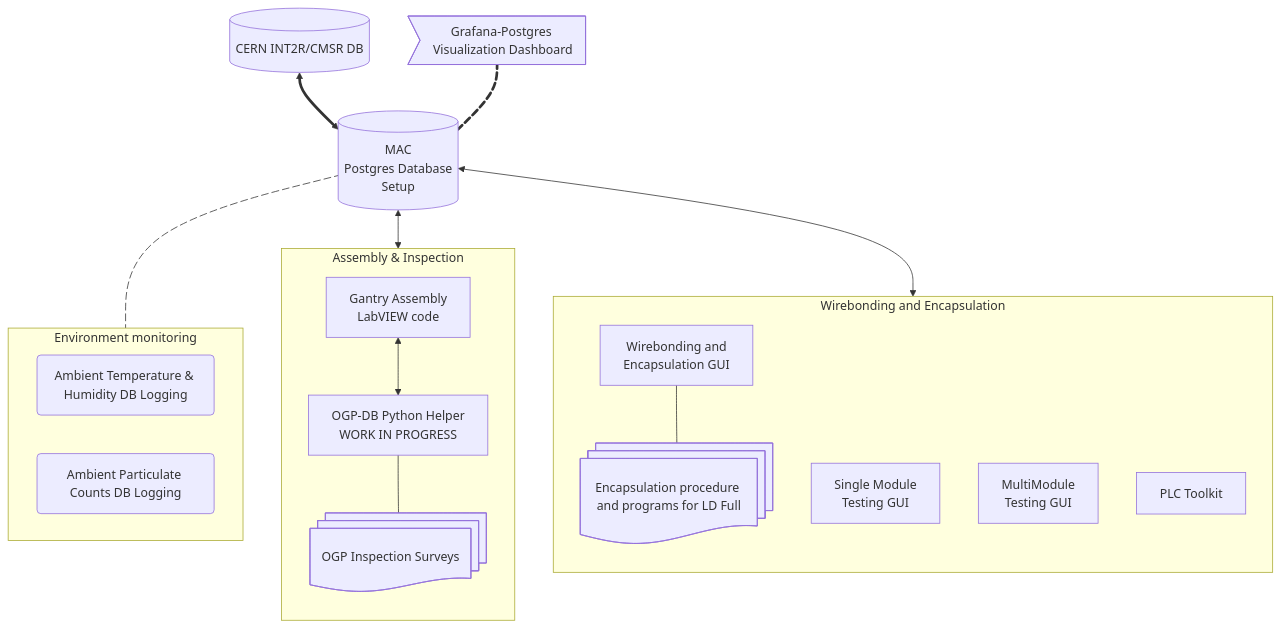
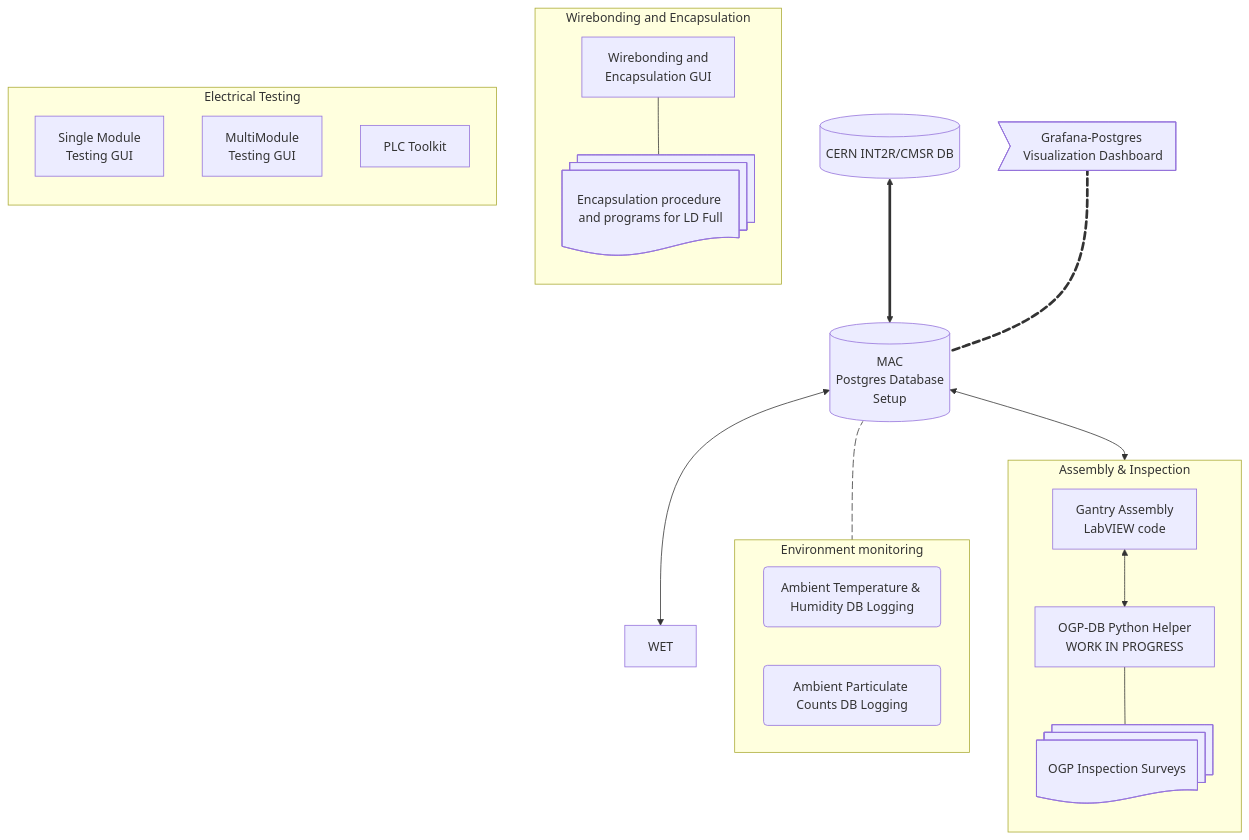
One commit to cmu-hgc-mac/.github changed the diagram in profile/README.md. Above: the diagram before and after it, drawn with Mermaid.

````diff
--- a/profile/README.md
+++ b/profile/README.md
@@ -5,55 +5,55 @@
 ```mermaid
 graph TD
     
     subgraph AI [Assembly & Inspection]
         direction TB
         L[Gantry Assembly<br>LabVIEW code] <--> I[OGP-DB Python Helper<br>WORK IN PROGRESS]
         IS@{ shape: docs, label: "OGP Inspection Surveys" }
         I --- IS
 
     end
 
-    subgraph WET [Wirebonding and Encapsulation]
+    subgraph WEN [Wirebonding and Encapsulation]
         direction TB
         W[Wirebonding and<br> Encapsulation GUI]
         EP@{ shape: docs, label: "Encapsulation procedure and programs for LD Full" }
         W --- EP
     end
 
-    subgraph WET [Electrical Testing]
+    subgraph ET [Electrical Testing]
         direction TB
         SMT[Single Module<br> Testing GUI]
         MMT[MultiModule<br> Testing GUI]
         PLC[PLC Toolkit]
     end
 
     subgraph EM [Environment monitoring]
         direction LR
         H(Ambient Temperature & Humidity DB Logging) 
         P(Ambient Particulate Counts DB Logging) 
     end
 
     K[(CERN INT2R/CMSR DB)] <==> A[(MAC<br>Postgres Database<br>Setup)]
     G>Grafana-Postgres Visualization Dashboard] e1@ === A
     A e2@--- EM
     A <--> AI
     A <--> WET
     
     click A href "https://github.com/cmu-hgc-mac/HGC_DB_postgres/"
     click I href "https://github.com/cmu-hgc-mac/HGC_OGP_DB"
     click L href "https://github.com/cmu-hgc-mac/Gantry"
     click W href "https://github.com/cmu-hgc-mac/wirebonder_gui"
     click SMT href "https://gitlab.cern.ch/acrobert/hgcal-module-testing-gui/"
     click MMT href "https://github.com/ltsai323/MultiModuleTeststandUI/tree/main"
     click PLC href "https://github.com/Xingfu23/PLC_toolkits_mqtt_NTU/tree/master"
     click K href "https://gitlab.cern.ch/groups/hgcal-database/-/issues"
     click G href "https://github.com/cmu-hgc-mac/grafana_hgcdb_dashboard"
     click P href "https://github.com/cmu-hgc-mac/ambient-particulate-counts"
     click H href "https://github.com/cmu-hgc-mac/ambient-temp-humidity"
     click EP href "https://github.com/cmu-hgc-mac/encapsulation"
     click IS href "https://github.com/cmu-hgc-mac/OGP-inspection-surveys"
     e1@{ animate: true }
     e2@{ animate: true }
     
 
 ```
````
